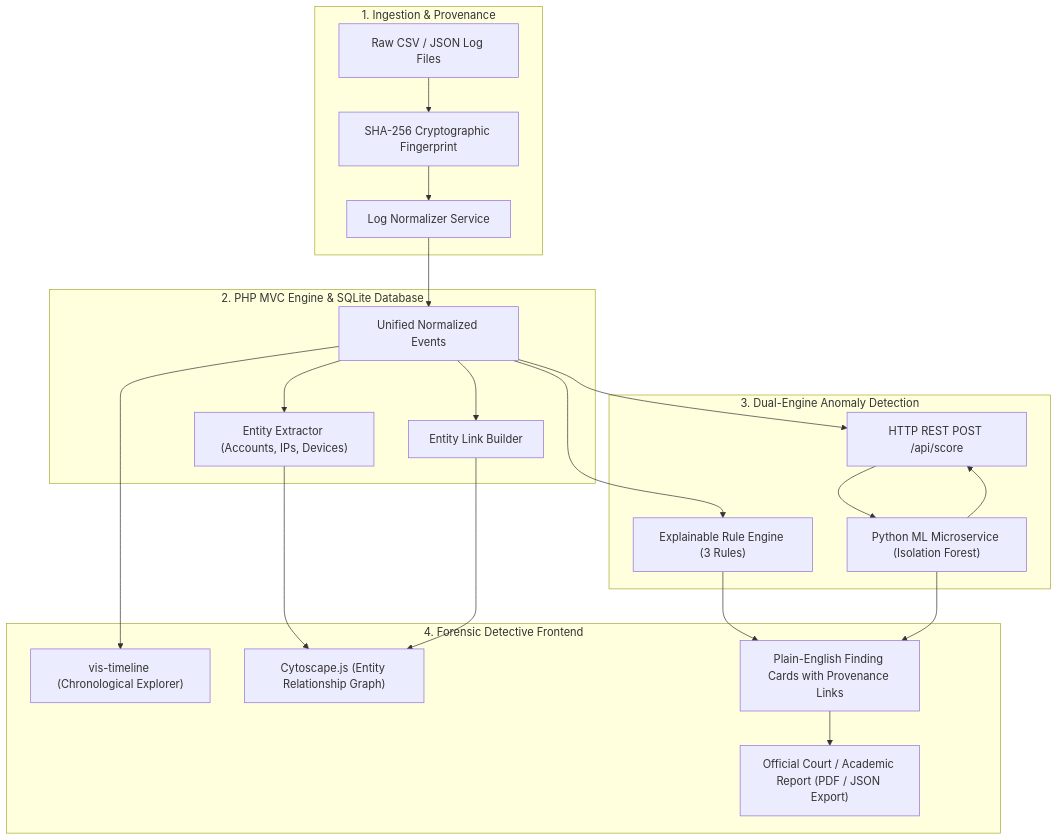
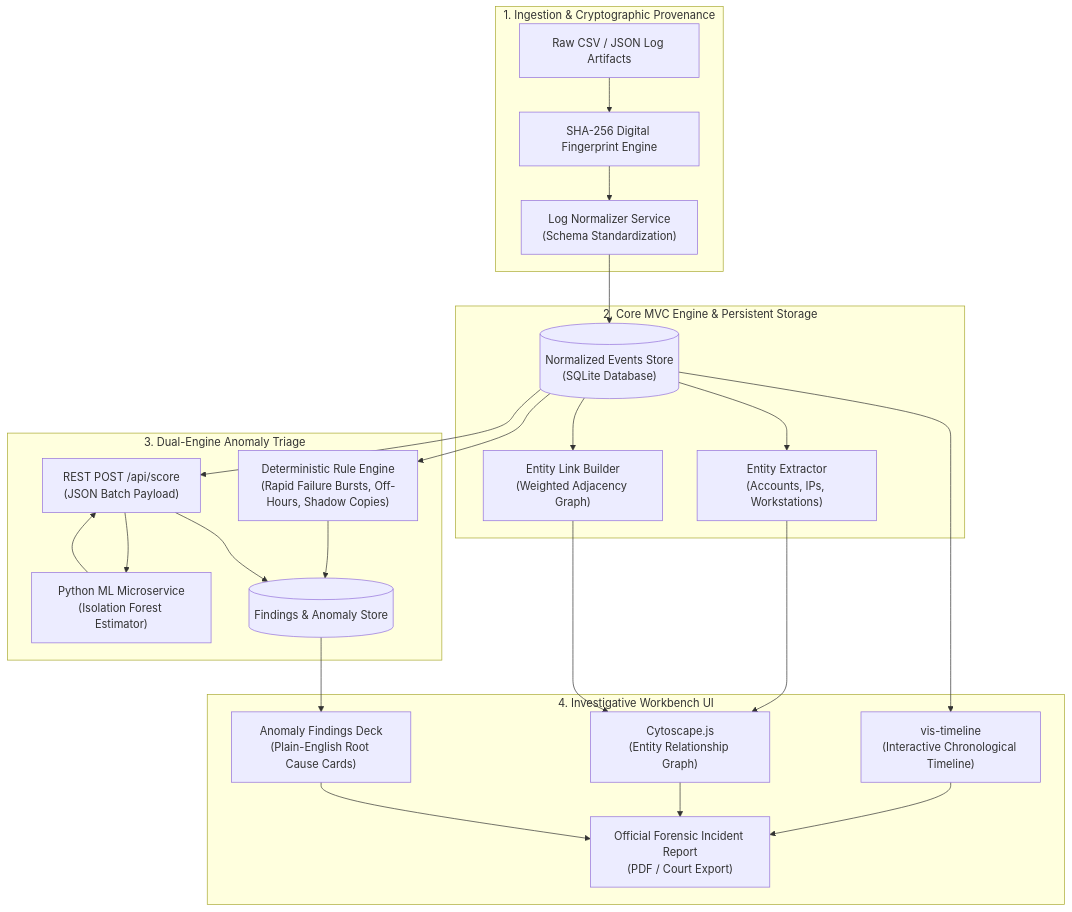
One commit to dhairya-404/Trace-Labs changed the diagram in README.md. Above: the diagram before and after it, drawn with Mermaid. The commit also changed other lines of this file and 3 other files, not shown here.

Commit message:
docs: comprehensive academic README with roadmap, MIT license, and gitignore cleanup

````diff
--- a/README.md
+++ b/README.md
@@ -19,27 +30,28 @@
 ```mermaid
 flowchart TD
-    subgraph INGESTION["1. Ingestion & Provenance"]
-        A["Raw CSV / JSON Log Files"] --> B["SHA-256 Cryptographic Fingerprint"]
-        B --> C["Log Normalizer Service"]
+    subgraph INGESTION["1. Ingestion & Cryptographic Provenance"]
+        A["Raw CSV / JSON Log Artifacts"] --> B["SHA-256 Digital Fingerprint Engine"]
+        B --> C["Log Normalizer Service\n(Schema Standardization)"]
     end
 
-    subgraph CORE["2. PHP MVC Engine & SQLite Database"]
-        C --> D["Unified Normalized Events"]
-        D --> E["Entity Extractor (Accounts, IPs, Devices)"]
-        D --> F["Entity Link Builder"]
+    subgraph CORE["2. Core MVC Engine & Persistent Storage"]
+        C --> D[("Normalized Events Store\n(SQLite Database)")]
+        D --> E["Entity Extractor\n(Accounts, IPs, Workstations)"]
+        D --> F["Entity Link Builder\n(Weighted Adjacency Graph)"]
     end
 
-    subgraph DETECTION["3. Dual-Engine Anomaly Detection"]
-        D --> G["Explainable Rule Engine (3 Rules)"]
-        D --> H["HTTP REST POST /api/score"]
-        H --> I["Python ML Microservice (Isolation Forest)"]
+    subgraph DETECTION["3. Dual-Engine Anomaly Triage"]
+        D --> G["Deterministic Rule Engine\n(Rapid Failure Bursts, Off-Hours, Shadow Copies)"]
+        D --> H["REST POST /api/score\n(JSON Batch Payload)"]
+        H --> I["Python ML Microservice\n(Isolation Forest Estimator)"]
         I --> H
+        G & H --> J[("Findings & Anomaly Store")]
     end
 
-    subgraph UI["4. Forensic Detective Frontend"]
-        D --> J["vis-timeline (Chronological Explorer)"]
-        E & F --> K["Cytoscape.js (Entity Relationship Graph)"]
-        G & I --> L["Plain-English Finding Cards with Provenance Links"]
-        L --> M["Official Court / Academic Report (PDF / JSON Export)"]
+    subgraph PRESENTATION["4. Investigative Workbench UI"]
+        D --> K["vis-timeline\n(Interactive Chronological Timeline)"]
+        E & F --> L["Cytoscape.js\n(Entity Relationship Graph)"]
+        J --> M["Anomaly Findings Deck\n(Plain-English Root Cause Cards)"]
+        K & L & M --> N["Official Forensic Incident Report\n(PDF / Court Export)"]
     end
 ```
````
